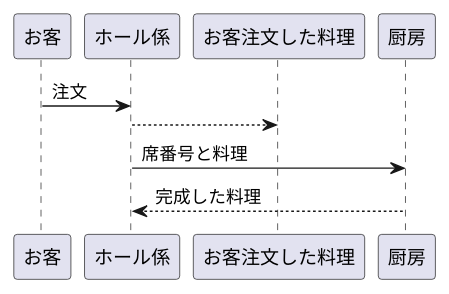
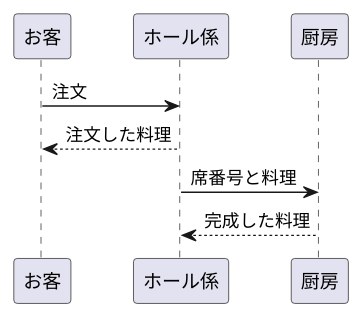
Before and after one commit to Aso2001374/2021sys-design: the diagram in 0420kadai2.md, drawn with PlantUML.

````diff
--- a/0420kadai2.md
+++ b/0420kadai2.md
@@ -1,8 +1,8 @@
 ```uml
 @startuml
 お客->ホール係:注文
-ホール係-->お客注文した料理
+ホール係-->お客:注文した料理
 ホール係->厨房:席番号と料理
 厨房-->ホール係:完成した料理
 @enduml
 ```
````
